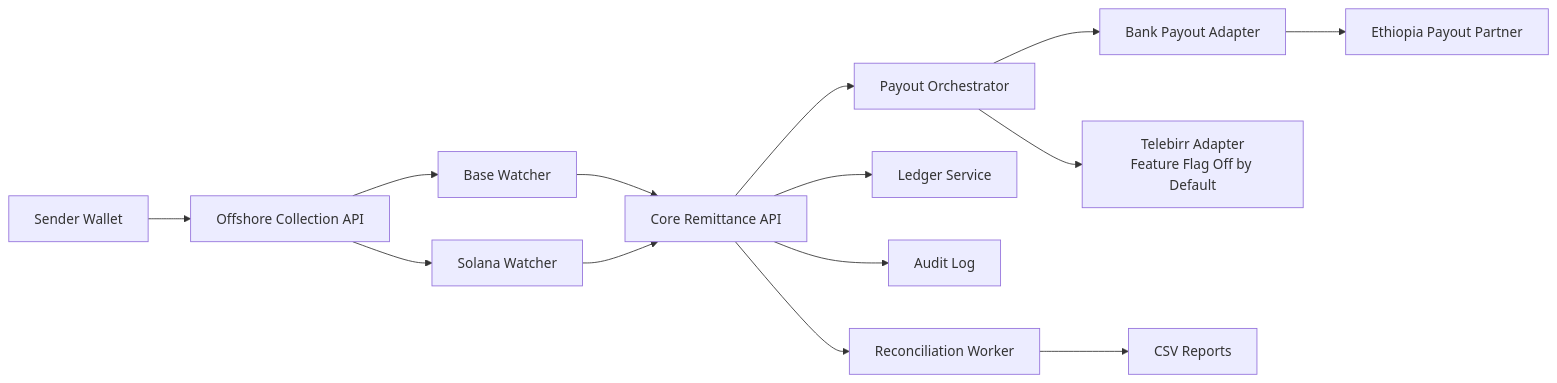
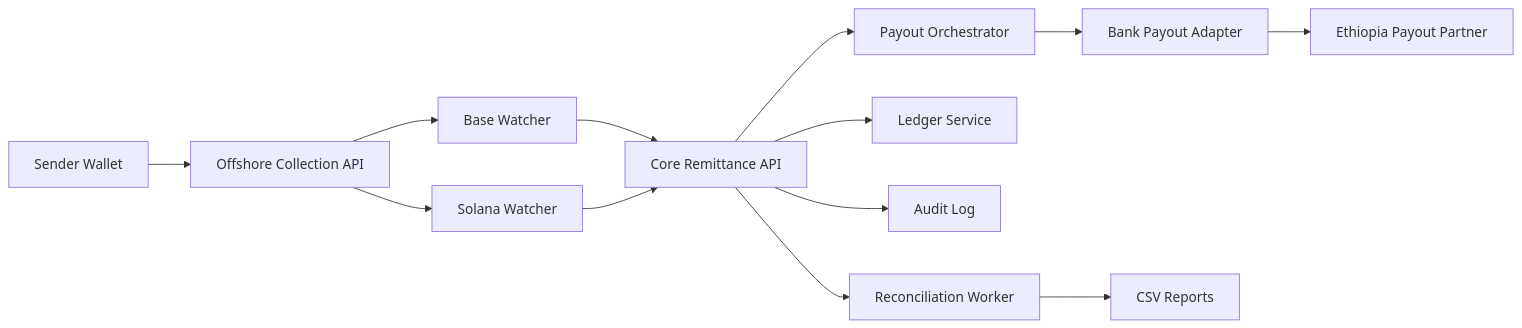
Before and after one commit to ephremdeme/glowing-train: the diagram in docs/ARCHITECTURE.md, drawn with Mermaid. The commit also changed other lines of this file and 15 other files, not shown here.

````diff
--- a/docs/ARCHITECTURE.md
+++ b/docs/ARCHITECTURE.md
@@ -10,17 +10,15 @@
 ```mermaid
 flowchart LR
     A[Sender Wallet] --> B[Offshore Collection API]
     B --> C[Base Watcher]
     B --> D[Solana Watcher]
     C --> E[Core Remittance API]
     D --> E[Core Remittance API]
     E --> F[Payout Orchestrator]
     F --> G[Bank Payout Adapter]
-    F --> H[Telebirr Adapter
-Feature Flag Off by Default]
     G --> I[Ethiopia Payout Partner]
     E --> J[Ledger Service]
     E --> K[Audit Log]
     E --> L[Reconciliation Worker]
     L --> M[CSV Reports]
 ```
````
